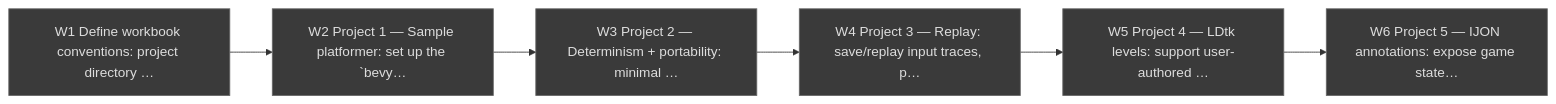
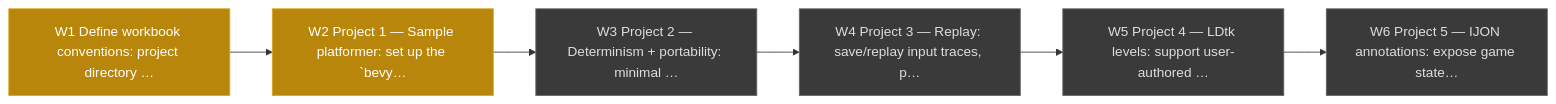
The diagram in ROADMAP.md (nverhaaren/flezzle-rs-workbook), drawn with Mermaid before and after one commit. The commit also changed other lines of this file and 3 other files, not shown here.

First line of the commit message:
Project 01 — sample platformer (W1 conventions + W2 exercise)

````diff
--- a/ROADMAP.md
+++ b/ROADMAP.md
@@ -17,18 +17,18 @@
 ```mermaid
 graph LR
-  W1["W1 Define workbook conventions: project directory …"]:::pending
-  W2["W2 Project 1 — Sample platformer: set up the `bevy…"]:::pending
+  W1["W1 Define workbook conventions: project directory …"]:::inprogress
+  W2["W2 Project 1 — Sample platformer: set up the `bevy…"]:::inprogress
   W3["W3 Project 2 — Determinism + portability: minimal …"]:::pending
   W4["W4 Project 3 — Replay: save/replay input traces, p…"]:::pending
   W5["W5 Project 4 — LDtk levels: support user-authored …"]:::pending
   W6["W6 Project 5 — IJON annotations: expose game state…"]:::pending
   W1 --> W2
   W2 --> W3
   W3 --> W4
   W4 --> W5
   W5 --> W6
   classDef pending fill:#3a3a3a,stroke:#666,color:#ddd;
   classDef inprogress fill:#b8860b,stroke:#daa520,color:#fff;
   classDef done fill:#1f7a3f,stroke:#2ea043,color:#fff;
   classDef blocked fill:#8b1a1a,stroke:#da3633,color:#fff;
 ```
````
